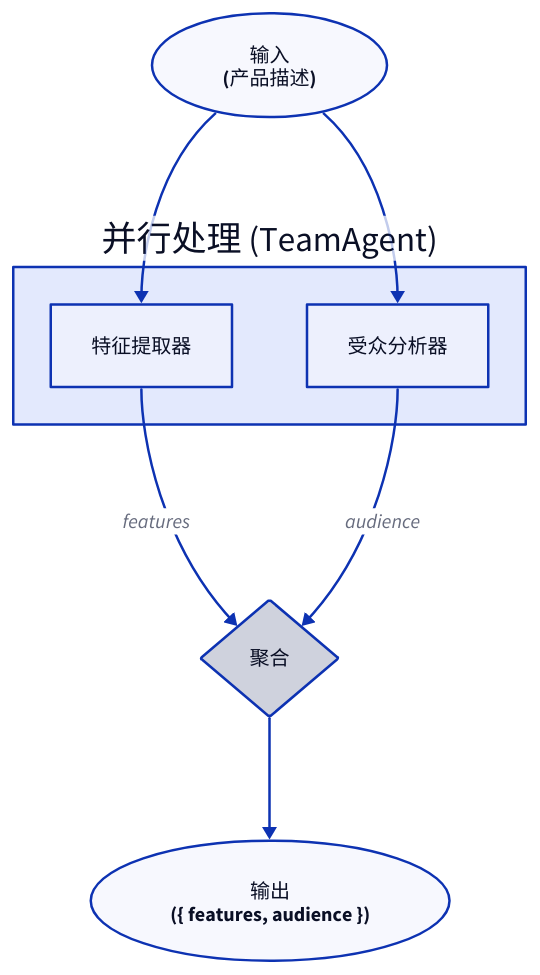
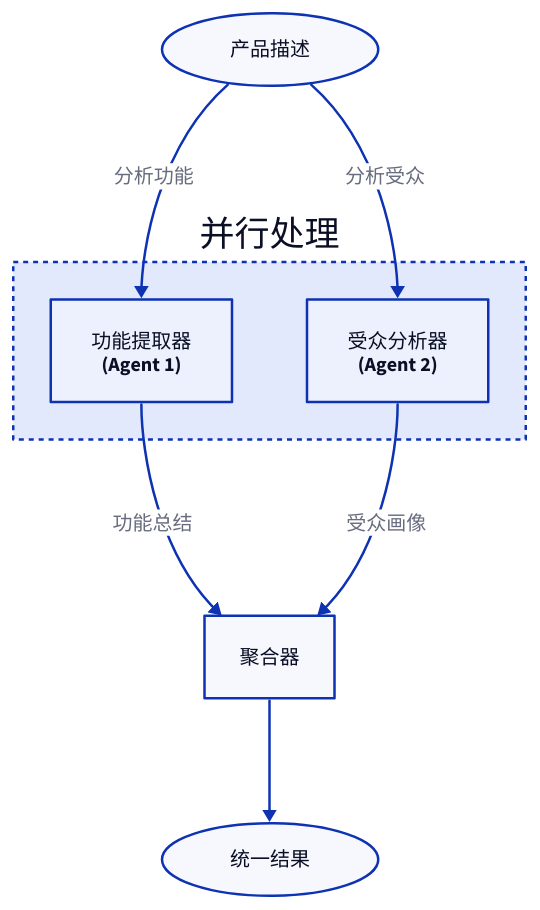
One commit to AIGNE-io/aigne-framework changed the diagram in .aigne/doc-smith/docs/examples-workflow-concurrency.zh.md. Above: the diagram before and after it, drawn with D2. The commit also changed other lines of this file and 82 other files, not shown here.

````diff
--- a/.aigne/doc-smith/docs/examples-workflow-concurrency.zh.md
+++ b/.aigne/doc-smith/docs/examples-workflow-concurrency.zh.md
@@ -11,39 +16,36 @@
 ```d2
 direction: down
 
 Input: {
-  label: "输入\n(产品描述)"
+  label: "产品描述"
   shape: oval
 }
 
-TeamAgent: {
-  label: "并行处理 (TeamAgent)"
-  shape: rectangle
+Parallel-Processing: {
+  label: "并行处理"
+  style.stroke-dash: 2
 
   Feature-Extractor: {
-    label: "特征提取器"
-    shape: rectangle
+    label: "功能提取器\n(Agent 1)"
   }
 
   Audience-Analyzer: {
-    label: "受众分析器"
-    shape: rectangle
+    label: "受众分析器\n(Agent 2)"
   }
 }
 
-Aggregation: {
-  label: "聚合"
-  shape: diamond
+Aggregator: {
+  label: "聚合器"
 }
 
-Output: {
-  label: "输出\n({ features, audience })"
+Result: {
+  label: "统一结果"
   shape: oval
 }
 
-Input -> TeamAgent.Feature-Extractor
-Input -> TeamAgent.Audience-Analyzer
-TeamAgent.Feature-Extractor -> Aggregation: "features"
-TeamAgent.Audience-Analyzer -> Aggregation: "audience"
-Aggregation -> Output
+Input -> Parallel-Processing.Feature-Extractor: "分析功能"
+Input -> Parallel-Processing.Audience-Analyzer: "分析受众"
+Parallel-Processing.Feature-Extractor -> Aggregator: "功能总结"
+Parallel-Processing.Audience-Analyzer -> Aggregator: "受众画像"
+Aggregator -> Result
 ```
````
